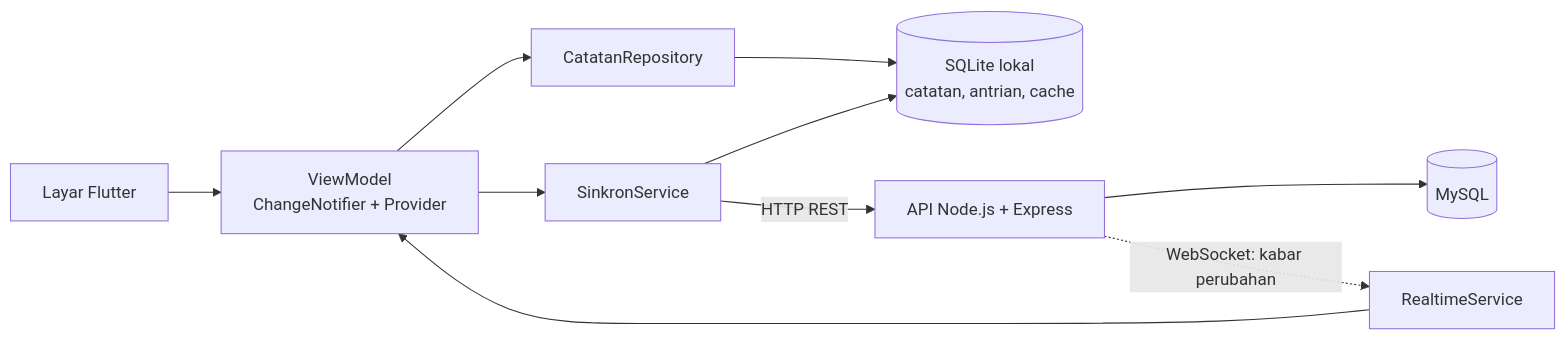
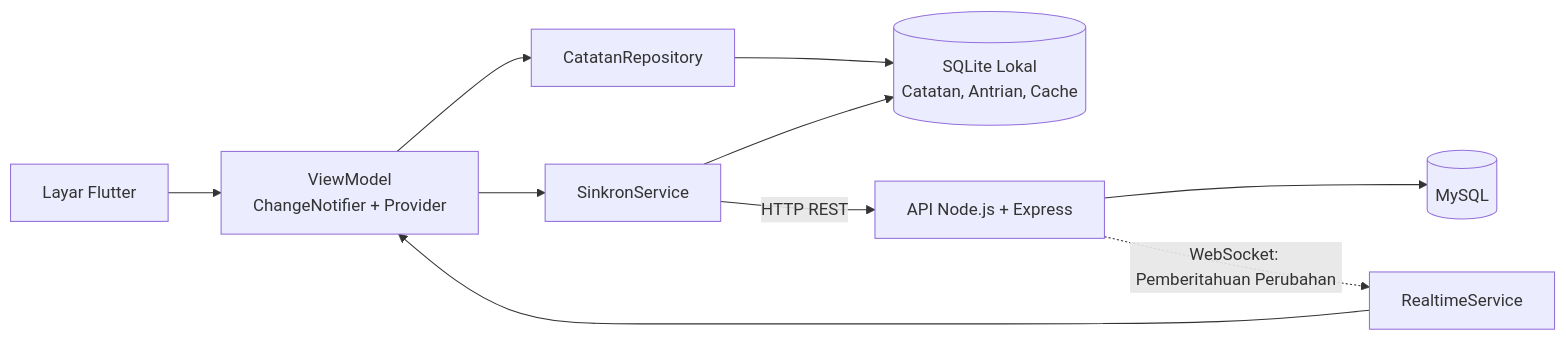
The first of 2 diagrams in README.md (2411009-yuda/studylog-v2), drawn with Mermaid before and after one commit. The commit also changed other lines of this file, not shown here.

````diff
--- a/README.md
+++ b/README.md
@@ -70,12 +165,16 @@
 ```mermaid
 flowchart LR
-  UI[Layar Flutter] --> VM[ViewModel<br/>ChangeNotifier + Provider]
-  VM --> Repo[CatatanRepository]
-  Repo --> SQLite[(SQLite lokal<br/>catatan, antrian, cache)]
-  VM --> Sync[SinkronService]
-  Sync --> SQLite
-  Sync -- HTTP REST --> API[API Node.js + Express]
-  API --> MySQL[(MySQL)]
-  API -. WebSocket: kabar perubahan .-> RT[RealtimeService]
-  RT --> VM
+    UI["Layar Flutter"] --> VM["ViewModel<br/>ChangeNotifier + Provider"]
+
+    VM --> Repo["CatatanRepository"]
+    Repo --> SQLite[("SQLite Lokal<br/>Catatan, Antrian, Cache")]
+
+    VM --> Sync["SinkronService"]
+    Sync --> SQLite
+    Sync -->|HTTP REST| API["API Node.js + Express"]
+
+    API --> MySQL[("MySQL")]
+
+    API -.->|WebSocket: Pemberitahuan Perubahan| RT["RealtimeService"]
+    RT --> VM
 ```
````
